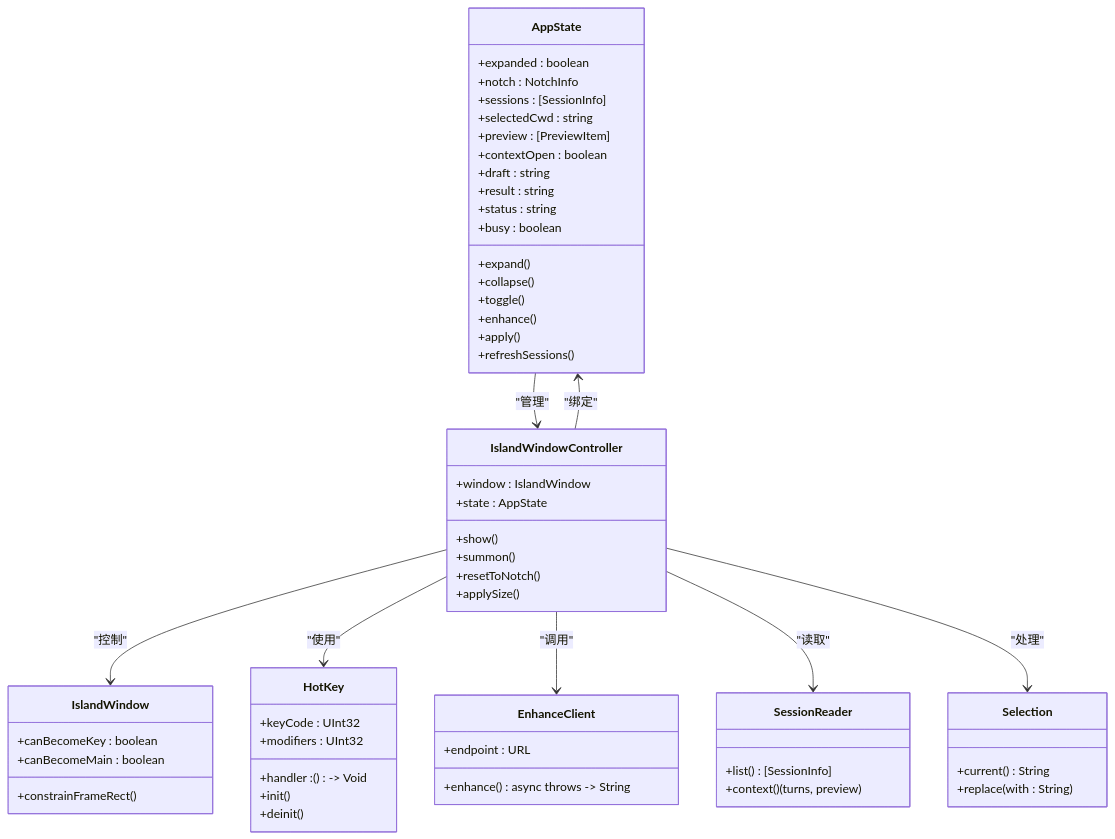
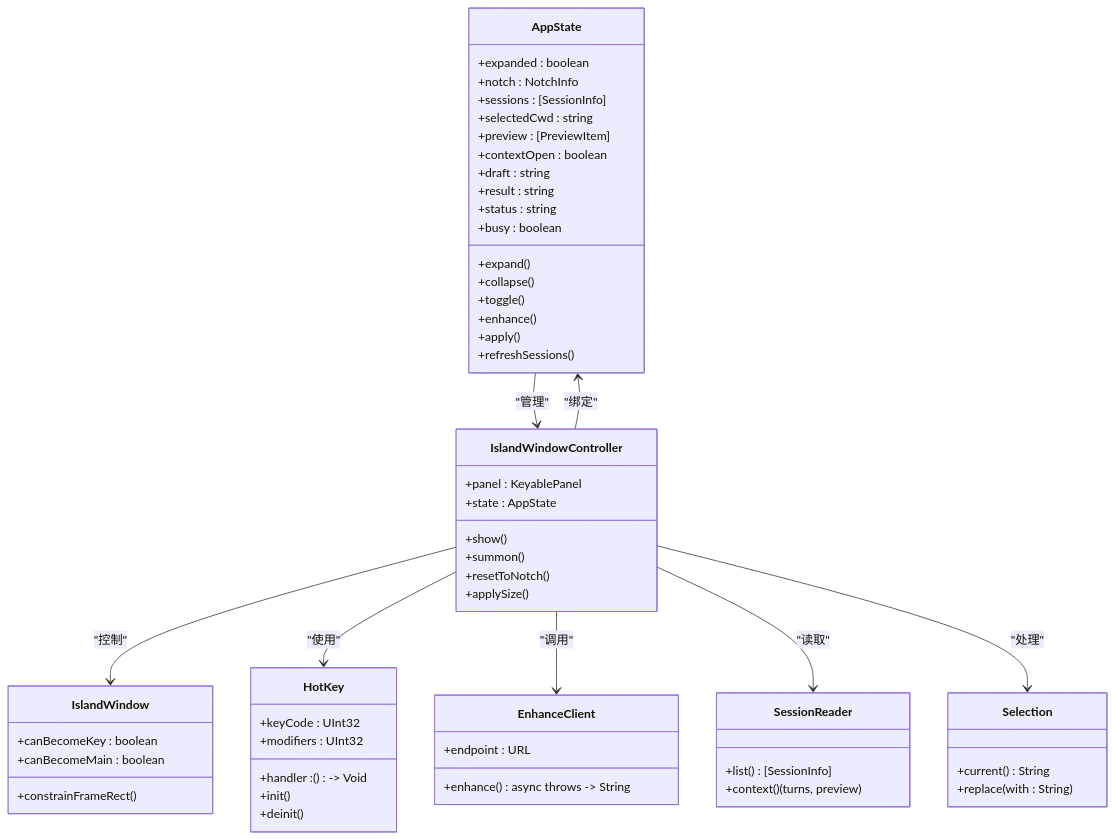
The third of 6 diagrams in .qoder/repowiki/zh/content/集成指南/桌面界面使用指南.md (WyRainBow/PromptCocoPilot), drawn with Mermaid before and after one commit. The commit also changed other lines of this file and 54 other files, not shown here.

````diff
--- a/.qoder/repowiki/zh/content/集成指南/桌面界面使用指南.md
+++ b/.qoder/repowiki/zh/content/集成指南/桌面界面使用指南.md
@@ -261,60 +256,60 @@
 ```mermaid
 classDiagram
 class AppState {
 +expanded : boolean
 +notch : NotchInfo
 +sessions : [SessionInfo]
 +selectedCwd : string
 +preview : [PreviewItem]
 +contextOpen : boolean
 +draft : string
 +result : string
 +status : string
 +busy : boolean
 +expand()
 +collapse()
 +toggle()
 +enhance()
 +apply()
 +refreshSessions()
 }
 class IslandWindowController {
-+window : IslandWindow
++panel : KeyablePanel
 +state : AppState
 +show()
 +summon()
 +resetToNotch()
 +applySize()
 }
 class IslandWindow {
 +canBecomeKey : boolean
 +canBecomeMain : boolean
 +constrainFrameRect()
 }
 class HotKey {
 +keyCode : UInt32
 +modifiers : UInt32
 +handler : () -> Void
 +init()
 +deinit()
 }
 class EnhanceClient {
 +endpoint : URL
 +enhance() async throws -> String
 }
 class SessionReader {
 +list() [SessionInfo]
 +context() (turns, preview)
 }
 class Selection {
 +current() String
 +replace(with : String)
 }
 AppState --> IslandWindowController : "管理"
 IslandWindowController --> IslandWindow : "控制"
 IslandWindowController --> AppState : "绑定"
 IslandWindowController --> HotKey : "使用"
 IslandWindowController --> EnhanceClient : "调用"
 IslandWindowController --> SessionReader : "读取"
 IslandWindowController --> Selection : "处理"
 ```
````
